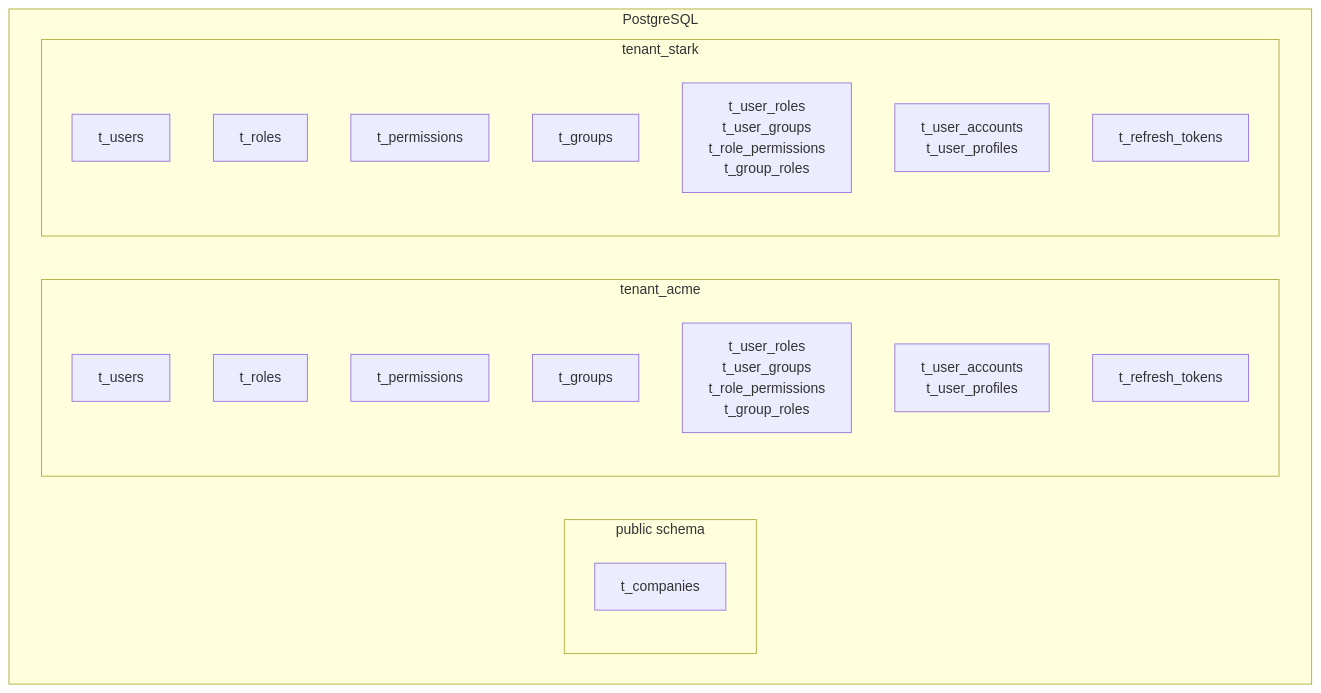
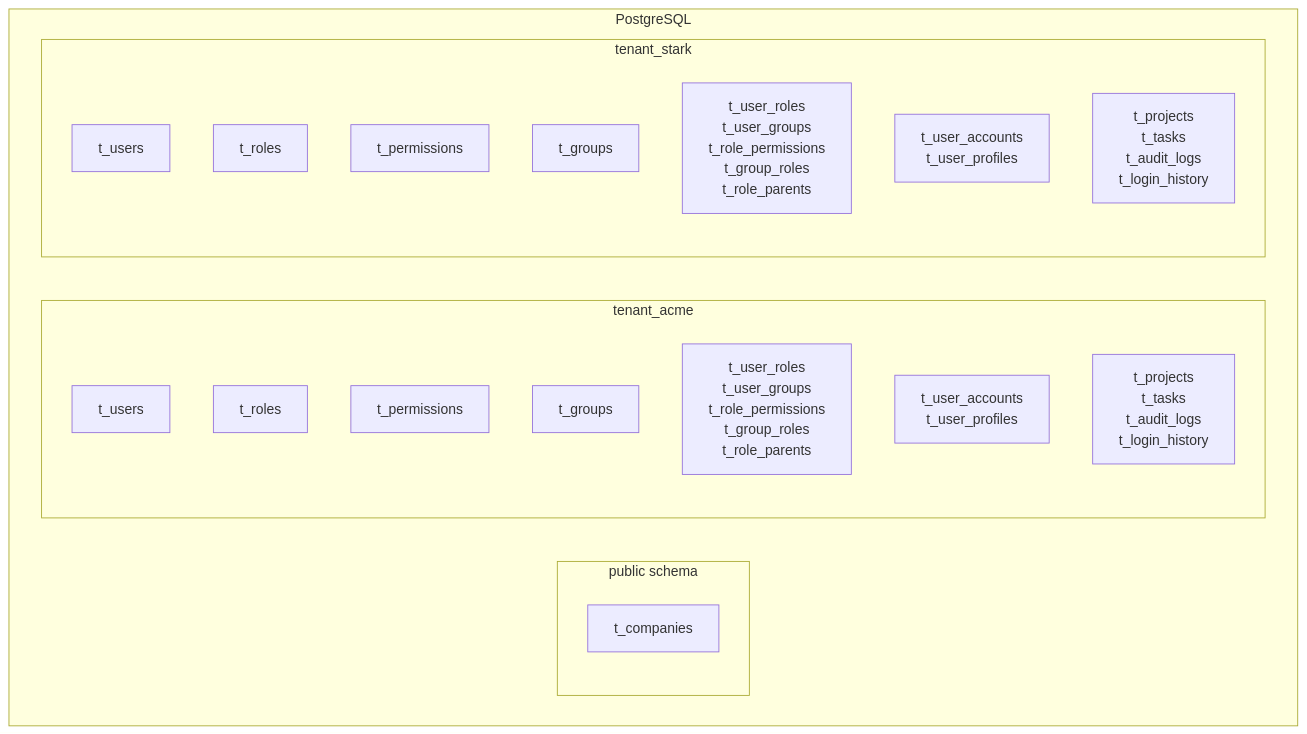
One commit to ibrhalil/forgesys changed the third of 5 diagrams in docs/ARCHITECTURE.md. Above: the diagram before and after it, drawn with Mermaid. The commit also changed other lines of this file and 33 other files, not shown here.

````diff
--- a/docs/ARCHITECTURE.md
+++ b/docs/ARCHITECTURE.md
@@ -88,26 +88,26 @@
 ```mermaid
 flowchart TB
     subgraph PG[PostgreSQL]
         subgraph Public[public schema]
             TC[t_companies]
         end
         subgraph T1[tenant_acme]
             TU1[t_users]
             TR1[t_roles]
             TP1[t_permissions]
             TG1[t_groups]
-            TJoin1[t_user_roles<br/>t_user_groups<br/>t_role_permissions<br/>t_group_roles]
+            TJoin1[t_user_roles<br/>t_user_groups<br/>t_role_permissions<br/>t_group_roles<br/>t_role_parents]
             TAcc1[t_user_accounts<br/>t_user_profiles]
-            TRF1[t_refresh_tokens]
+            TMod1[t_projects<br/>t_tasks<br/>t_audit_logs<br/>t_login_history]
         end
         subgraph T2[tenant_stark]
             TU2[t_users]
             TR2[t_roles]
             TP2[t_permissions]
             TG2[t_groups]
-            TJoin2[t_user_roles<br/>t_user_groups<br/>t_role_permissions<br/>t_group_roles]
+            TJoin2[t_user_roles<br/>t_user_groups<br/>t_role_permissions<br/>t_group_roles<br/>t_role_parents]
             TAcc2[t_user_accounts<br/>t_user_profiles]
-            TRF2[t_refresh_tokens]
+            TMod2[t_projects<br/>t_tasks<br/>t_audit_logs<br/>t_login_history]
         end
     end
 ```
````
